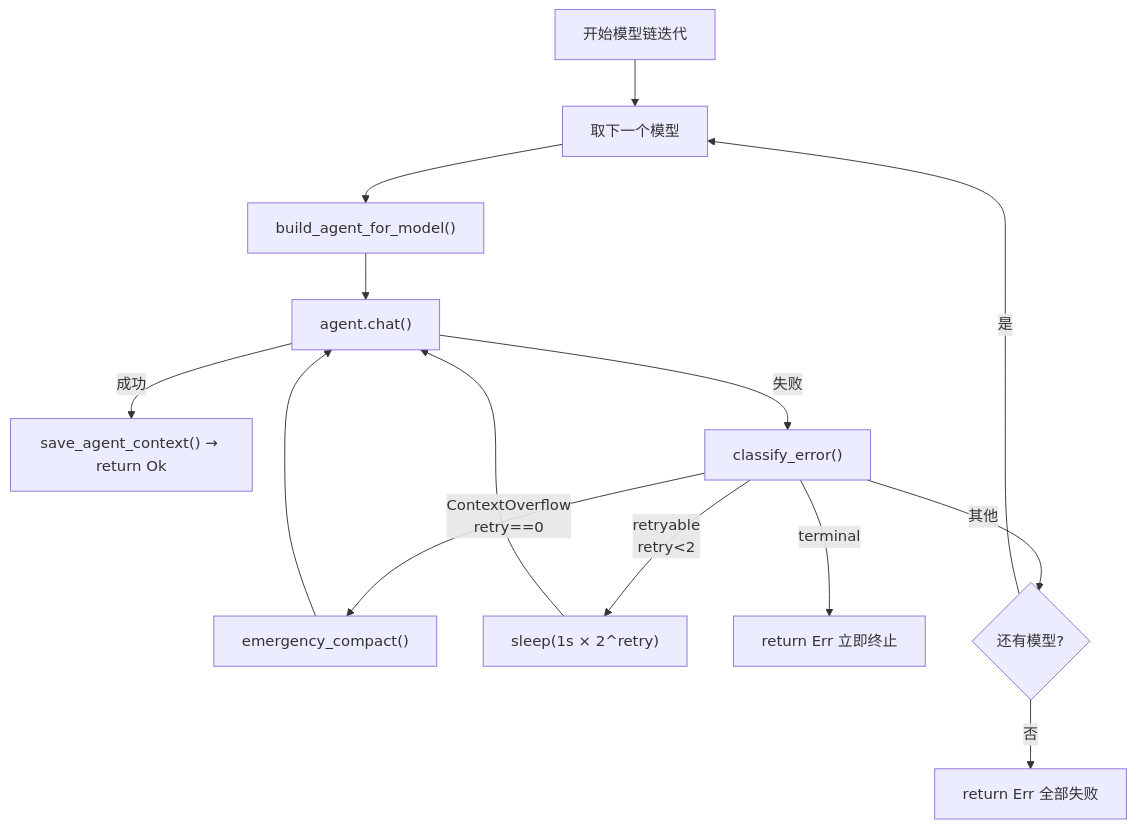
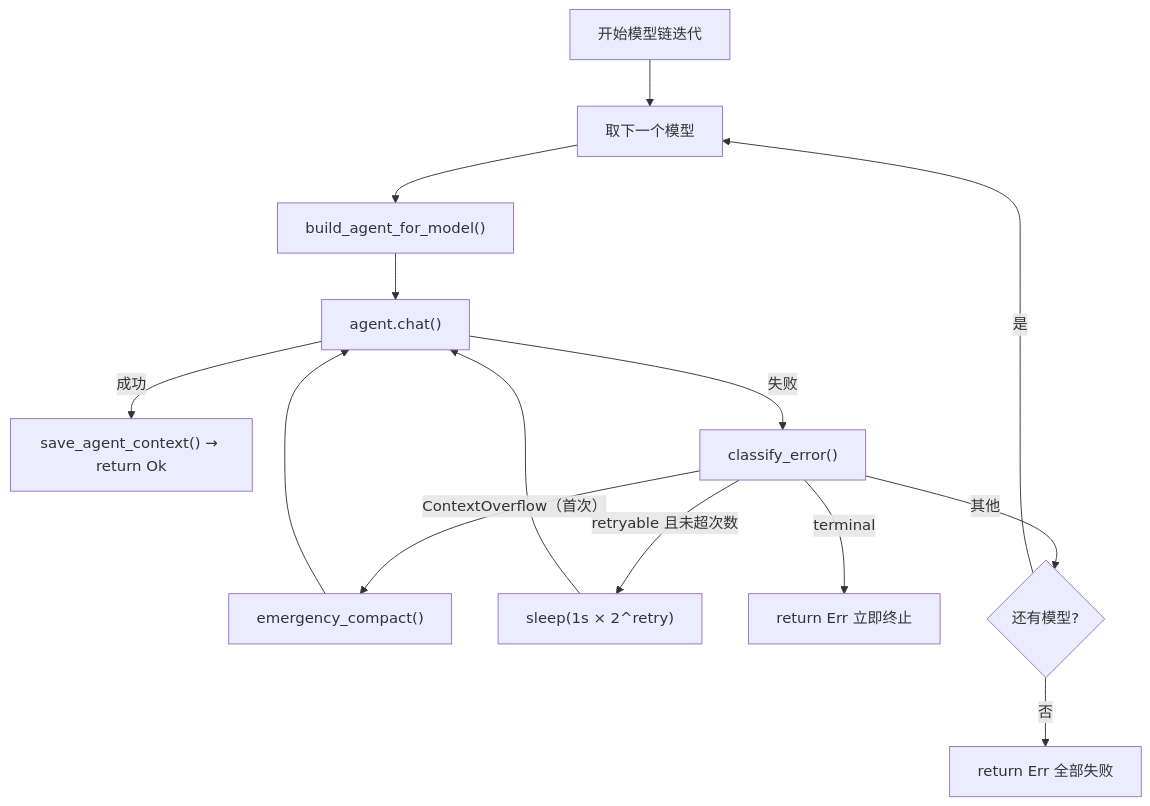
One commit to shiwenwen/hope-agent changed diagram 11 of 16 in docs/architecture/provider-system.md. Above: the diagram before and after it, drawn with Mermaid. The commit also changed other lines of this file and 2 other files, not shown here.

````diff
--- a/docs/architecture/provider-system.md
+++ b/docs/architecture/provider-system.md
@@ -602,17 +587,17 @@
 ```mermaid
 flowchart TD
   START["开始模型链迭代"] --> MODEL["取下一个模型"]
   MODEL --> BUILD["build_agent_for_model()"]
   BUILD --> CHAT["agent.chat()"]
 
   CHAT -->|成功| SAVE["save_agent_context() → return Ok"]
   CHAT -->|失败| CLASSIFY["classify_error()"]
 
-  CLASSIFY -->|ContextOverflow<br/>retry==0| COMPACT["emergency_compact()"] --> CHAT
-  CLASSIFY -->|retryable<br/>retry<2| BACKOFF["sleep(1s × 2^retry)"] --> CHAT
-  CLASSIFY -->|terminal| ABORT["return Err 立即终止"]
-  CLASSIFY -->|其他| NEXT{"还有模型?"}
+  CLASSIFY -->|"ContextOverflow（首次）"| COMPACT["emergency_compact()"] --> CHAT
+  CLASSIFY -->|"retryable 且未超次数"| BACKOFF["sleep(1s × 2^retry)"] --> CHAT
+  CLASSIFY -->|"terminal"| ABORT["return Err 立即终止"]
+  CLASSIFY -->|"其他"| NEXT{"还有模型?"}
 
   NEXT -->|是| MODEL
   NEXT -->|否| FAIL["return Err 全部失败"]
 ```
````
